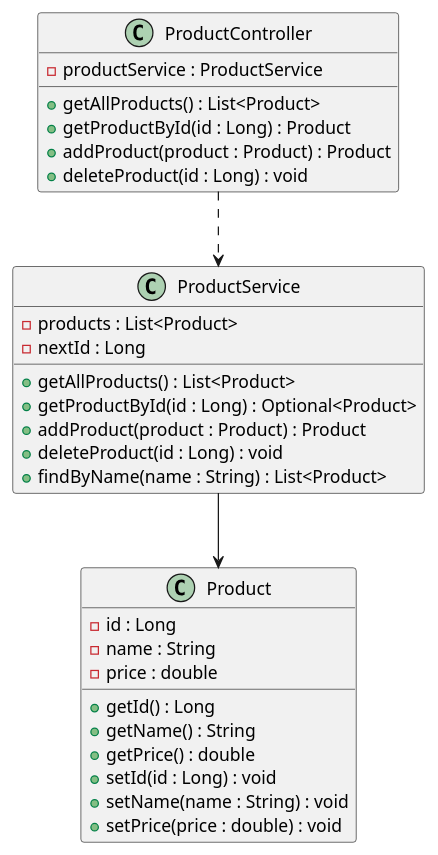
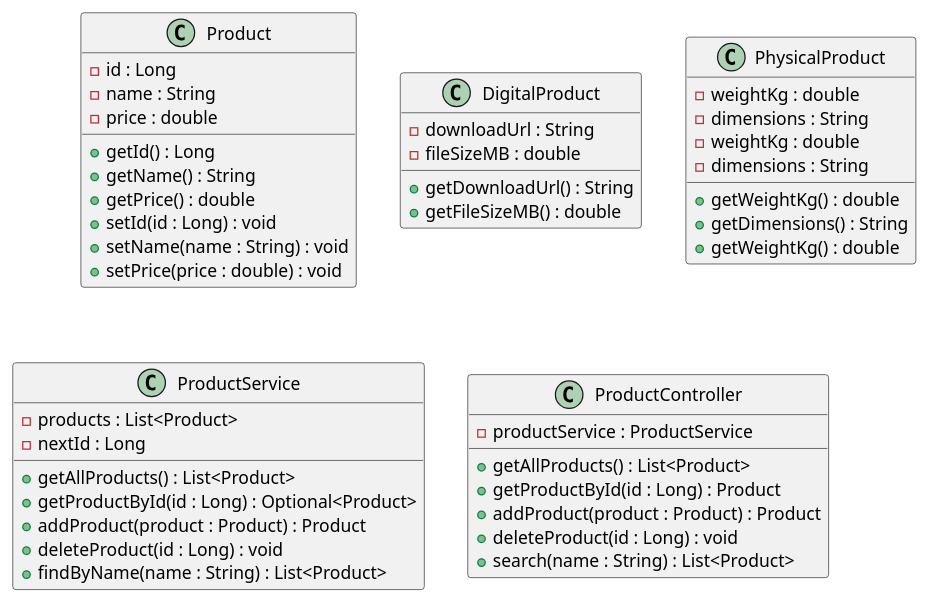
The diagram in src/main/docs/uml/Product.md (thavinsa12/products-api), drawn with PlantUML before and after one commit. The commit also changed 2 other files, not shown here.

Commit message:
Tutorial 4: inheritance hierarchy - DigitalProduct and PhysicalProduct

```diff
--- a/src/main/docs/uml/Product.md
+++ b/src/main/docs/uml/Product.md
@@ -1,34 +1,52 @@
 @startuml
 class Product {
 - id : Long
 - name : String
 - price : double
 + getId() : Long
 + getName() : String
 + getPrice() : double
 + setId(id : Long) : void
 + setName(name : String) : void
 + setPrice(price : double) : void
-  }
+}
+
+class DigitalProduct {
+- downloadUrl : String
+- fileSizeMB : double
++ getDownloadUrl() : String
++ getFileSizeMB() : double
+}
+
+class PhysicalProduct {
+- weightKg : double
+- dimensions : String
++ getWeightKg() : double
++ getDimensions() : String
+}
 
 class ProductService {
 - products : List<Product>
 - nextId : Long
 + getAllProducts() : List<Product>
 + getProductById(id : Long) : Optional<Product>
 + addProduct(product : Product) : Product
 + deleteProduct(id : Long) : void
 + findByName(name : String) : List<Product>
-  }
+}
 
 class ProductController {
 - productService : ProductService
 + getAllProducts() : List<Product>
 + getProductById(id : Long) : Product
 + addProduct(product : Product) : Product
 + deleteProduct(id : Long) : void
-  }
-
-ProductController ..> ProductService
-ProductService --> Product
++ search(name : String) : List<Product>
+}
+ 
+class PhysicalProduct {
+  - weightKg : double
+  - dimensions : String
+  + getWeightKg() : double
+    }
 @enduml
```
